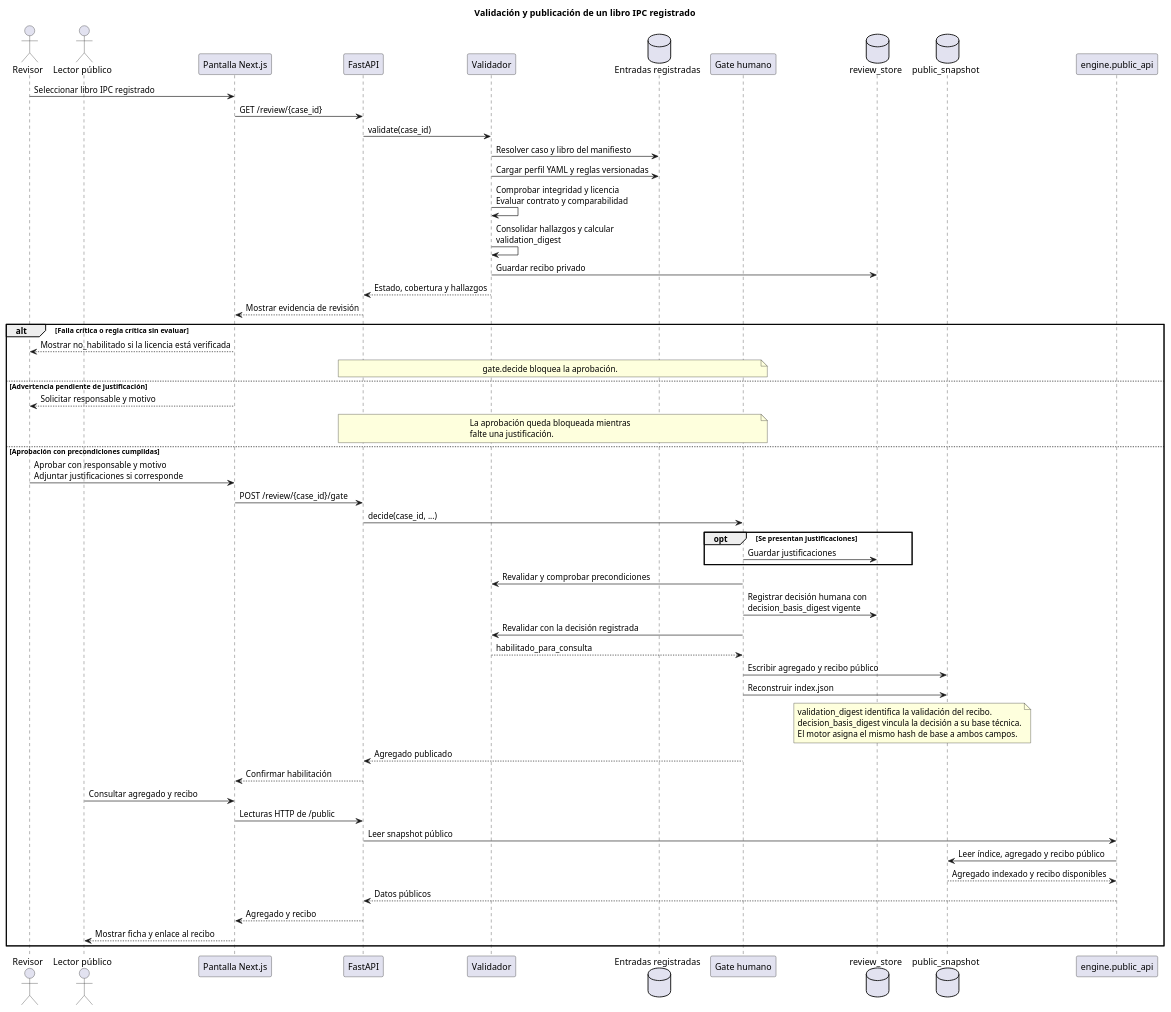
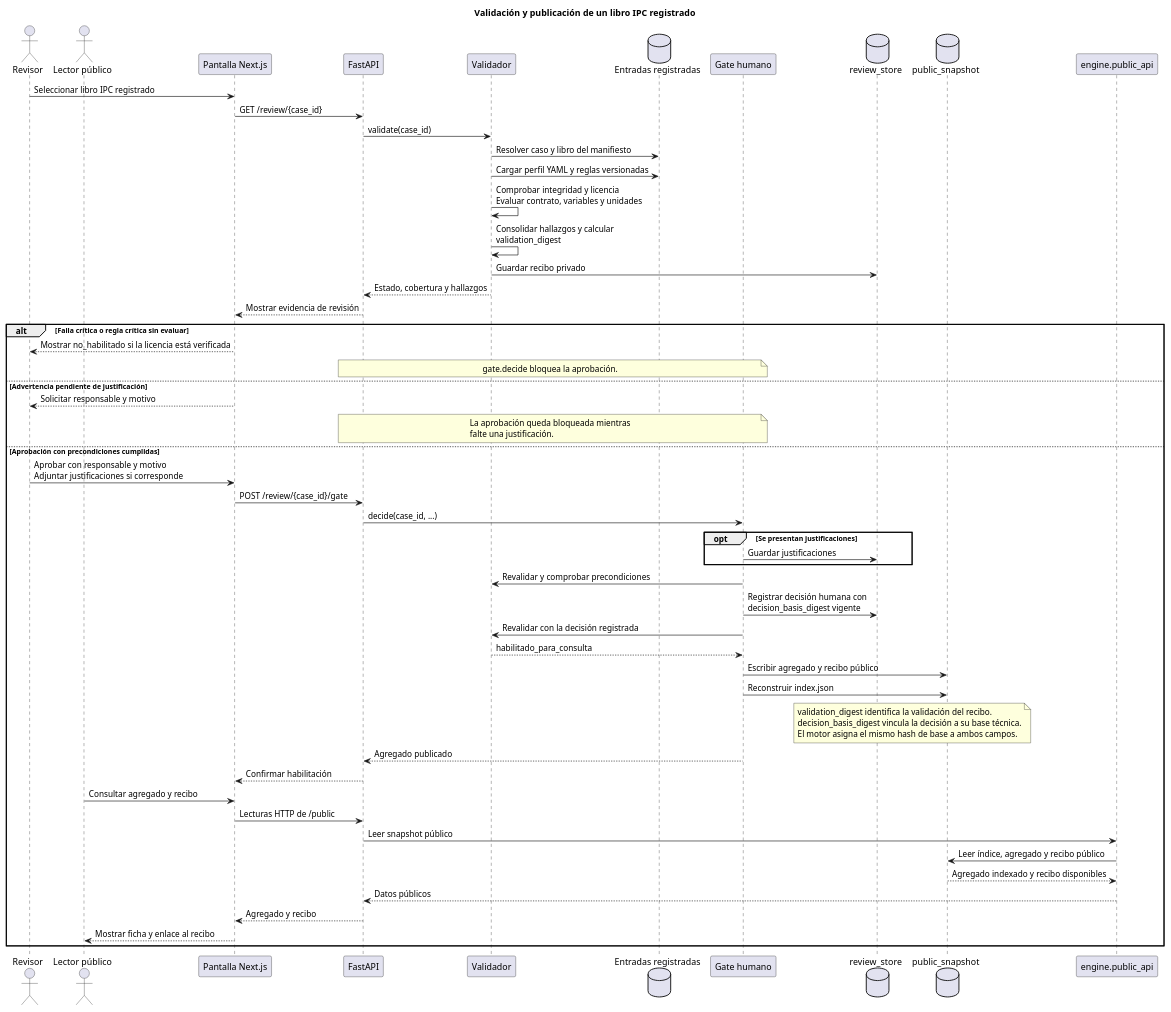
One commit to citruspunch/ine-dataton changed the diagram in docs/02-validation-and-publication.puml. Above: the diagram before and after it, drawn with PlantUML. The commit also changed 38 other files, not shown here.

```diff
--- a/docs/02-validation-and-publication.puml
+++ b/docs/02-validation-and-publication.puml
@@ -1,68 +1,68 @@
 @startuml
 title Validación y publicación de un libro IPC registrado
 skinparam shadowing false
 skinparam defaultFontName SansSerif
 
 actor Revisor
 actor "Lector público" as Lector
 participant "Pantalla Next.js" as Web
 participant FastAPI as API
 participant "Validador" as Validator
 database "Entradas registradas" as Inputs
 participant "Gate humano" as Gate
 database "review_store" as Review
 database "public_snapshot" as Public
 participant "engine.public_api" as Reader
 
 Revisor -> Web : Seleccionar libro IPC registrado
 Web -> API : GET /review/{case_id}
 API -> Validator : validate(case_id)
 Validator -> Inputs : Resolver caso y libro del manifiesto
 Validator -> Inputs : Cargar perfil YAML y reglas versionadas
-Validator -> Validator : Comprobar integridad y licencia\nEvaluar contrato y comparabilidad
+Validator -> Validator : Comprobar integridad y licencia\nEvaluar contrato, variables y unidades
 Validator -> Validator : Consolidar hallazgos y calcular\nvalidation_digest
 Validator -> Review : Guardar recibo privado
 Validator --> API : Estado, cobertura y hallazgos
 API --> Web : Mostrar evidencia de revisión
 
 alt Falla crítica o regla crítica sin evaluar
   Web --> Revisor : Mostrar no_habilitado si la licencia está verificada
   note over API, Gate
     gate.decide bloquea la aprobación.
   end note
 else Advertencia pendiente de justificación
   Web --> Revisor : Solicitar responsable y motivo
   note over API, Gate
     La aprobación queda bloqueada mientras
     falte una justificación.
   end note
 else Aprobación con precondiciones cumplidas
   Revisor -> Web : Aprobar con responsable y motivo\nAdjuntar justificaciones si corresponde
   Web -> API : POST /review/{case_id}/gate
   API -> Gate : decide(case_id, ...)
   opt Se presentan justificaciones
     Gate -> Review : Guardar justificaciones
   end
   Gate -> Validator : Revalidar y comprobar precondiciones
   Gate -> Review : Registrar decisión humana con\ndecision_basis_digest vigente
   Gate -> Validator : Revalidar con la decisión registrada
   Validator --> Gate : habilitado_para_consulta
   Gate -> Public : Escribir agregado y recibo público
   Gate -> Public : Reconstruir index.json
   note over Review, Public
     validation_digest identifica la validación del recibo.
     decision_basis_digest vincula la decisión a su base técnica.
     El motor asigna el mismo hash de base a ambos campos.
   end note
   Gate --> API : Agregado publicado
   API --> Web : Confirmar habilitación
   Lector -> Web : Consultar agregado y recibo
   Web -> API : Lecturas HTTP de /public
   API -> Reader : Leer snapshot público
   Reader -> Public : Leer índice, agregado y recibo público
   Public --> Reader : Agregado indexado y recibo disponibles
   Reader --> API : Datos públicos
   API --> Web : Agregado y recibo
   Web --> Lector : Mostrar ficha y enlace al recibo
 end
 @enduml
```
